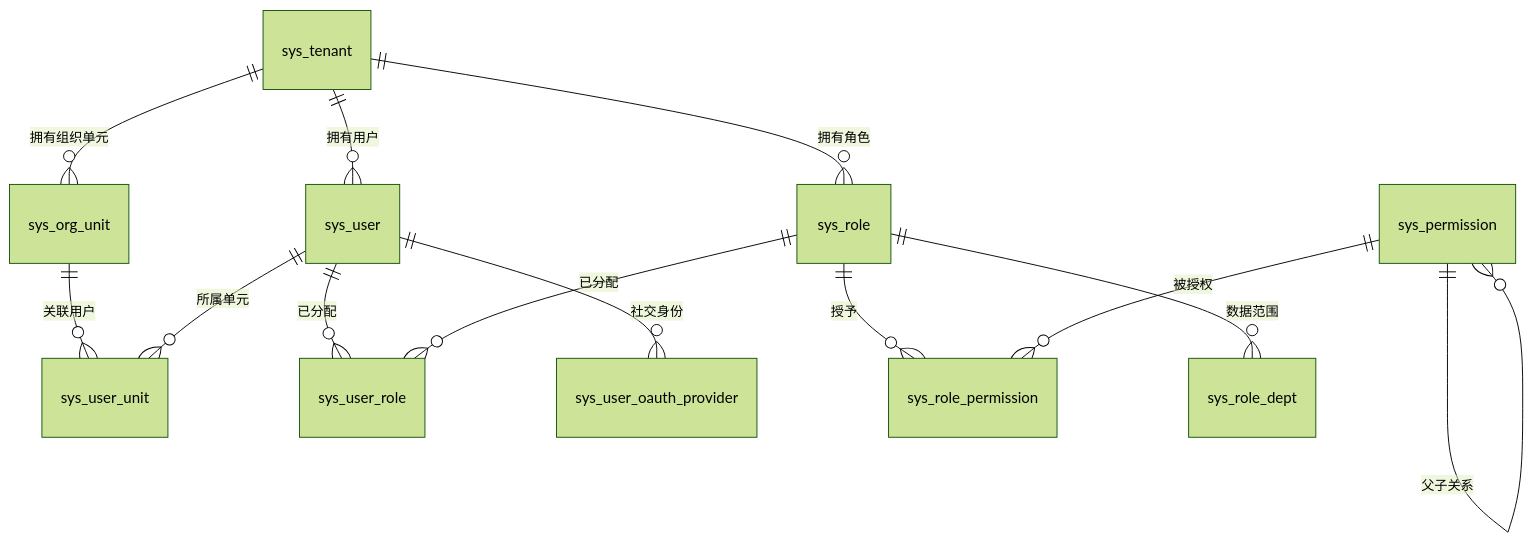
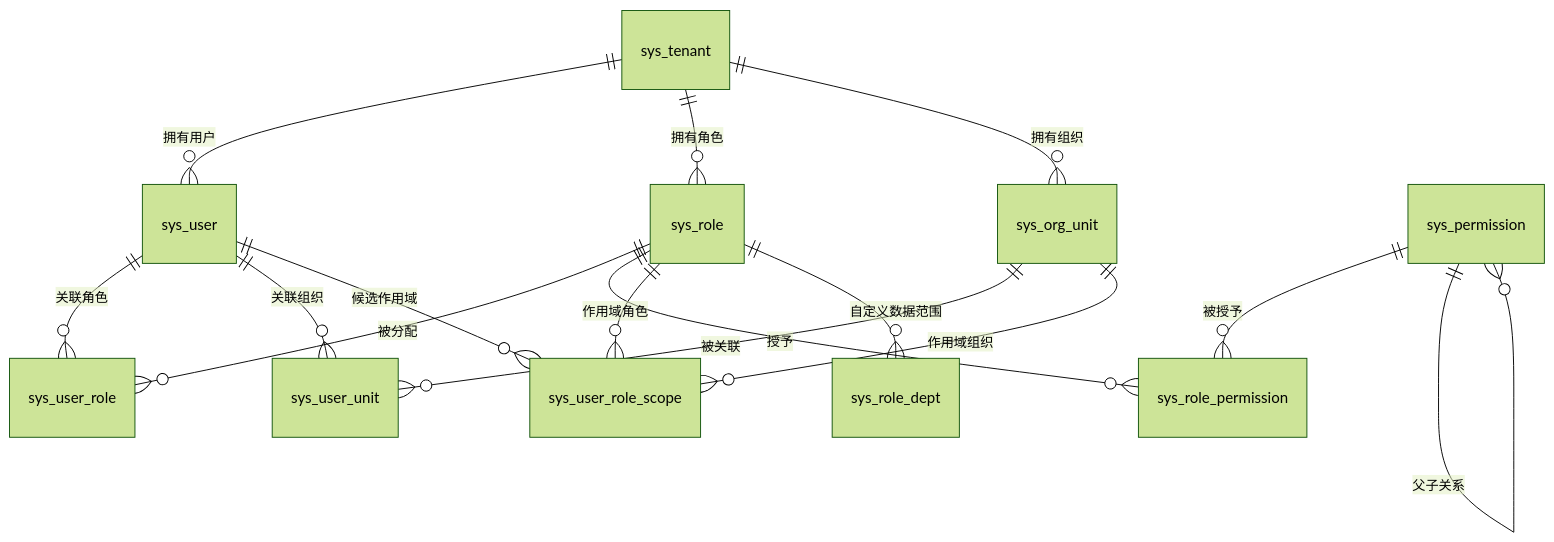
The diagram in docs/architecture.md (wang-baohai/Omni-Stack), drawn with Mermaid (forest theme) before and after one commit. The commit also changed other lines of this file and 1095 other files, not shown here.

````diff
--- a/docs/architecture.md
+++ b/docs/architecture.md
@@ -415,15 +280,17 @@
 ```mermaid
 erDiagram
     sys_tenant ||--o{ sys_user : "拥有用户"
     sys_tenant ||--o{ sys_role : "拥有角色"
-    sys_tenant ||--o{ sys_org_unit : "拥有组织单元"
-    sys_org_unit ||--o{ sys_user_unit : "关联用户"
-    sys_user ||--o{ sys_user_unit : "所属单元"
-    sys_user ||--o{ sys_user_role : "已分配"
-    sys_user ||--o{ sys_user_oauth_provider : "社交身份"
-    sys_role ||--o{ sys_user_role : "已分配"
+    sys_tenant ||--o{ sys_org_unit : "拥有组织"
+    sys_user ||--o{ sys_user_role : "关联角色"
+    sys_role ||--o{ sys_user_role : "被分配"
     sys_role ||--o{ sys_role_permission : "授予"
-    sys_role ||--o{ sys_role_dept : "数据范围"
-    sys_permission ||--o{ sys_role_permission : "被授权"
+    sys_permission ||--o{ sys_role_permission : "被授予"
+    sys_user ||--o{ sys_user_unit : "关联组织"
+    sys_org_unit ||--o{ sys_user_unit : "被关联"
+    sys_user ||--o{ sys_user_role_scope : "候选作用域"
+    sys_role ||--o{ sys_user_role_scope : "作用域角色"
+    sys_org_unit ||--o{ sys_user_role_scope : "作用域组织"
+    sys_role ||--o{ sys_role_dept : "自定义数据范围"
     sys_permission ||--o{ sys_permission : "父子关系"
 ```
````
